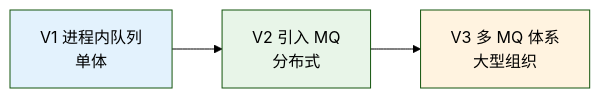
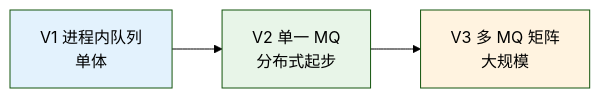
One commit to chongyang211/YCBookBlog changed the tenth of 12 diagrams in docs/10.真经/05.方案设计思想/08.消息队列方案选型.md. Above: the diagram before and after it, drawn with Mermaid (forest theme). The commit also changed other lines of this file and 36 other files, not shown here.

````diff
--- a/docs/10.真经/05.方案设计思想/08.消息队列方案选型.md
+++ b/docs/10.真经/05.方案设计思想/08.消息队列方案选型.md
@@ -630,9 +798,9 @@
 ```mermaid
 flowchart LR
-    V1[V1 进程内队列<br/>单体] --> V2[V2 引入 MQ<br/>分布式]
-    V2 --> V3[V3 多 MQ 体系<br/>大型组织]
+    V1[V1 进程内队列<br/>单体] --> V2[V2 单一 MQ<br/>分布式起步]
+    V2 --> V3[V3 多 MQ 矩阵<br/>大规模]
     
     style V1 fill:#e3f2fd
     style V2 fill:#e8f5e8
     style V3 fill:#fff3e0
 ```
````
